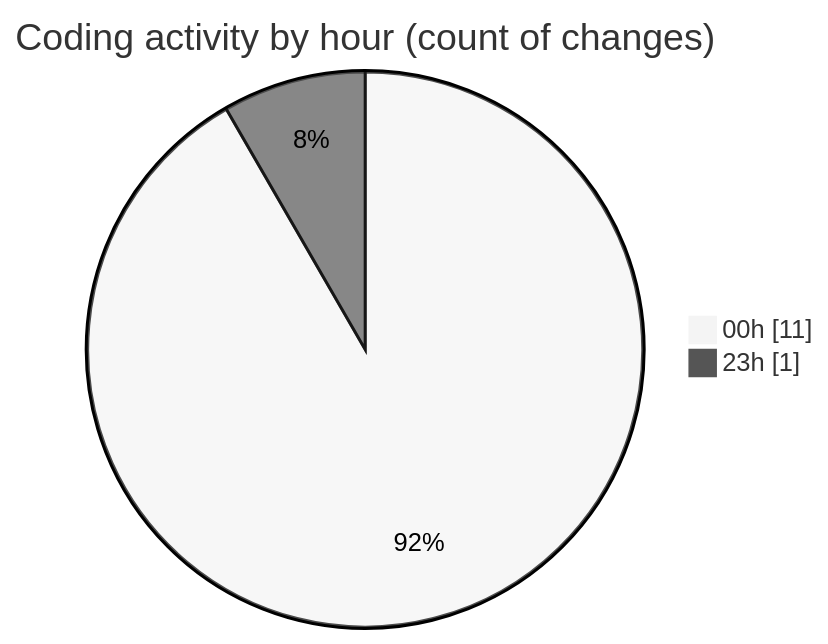
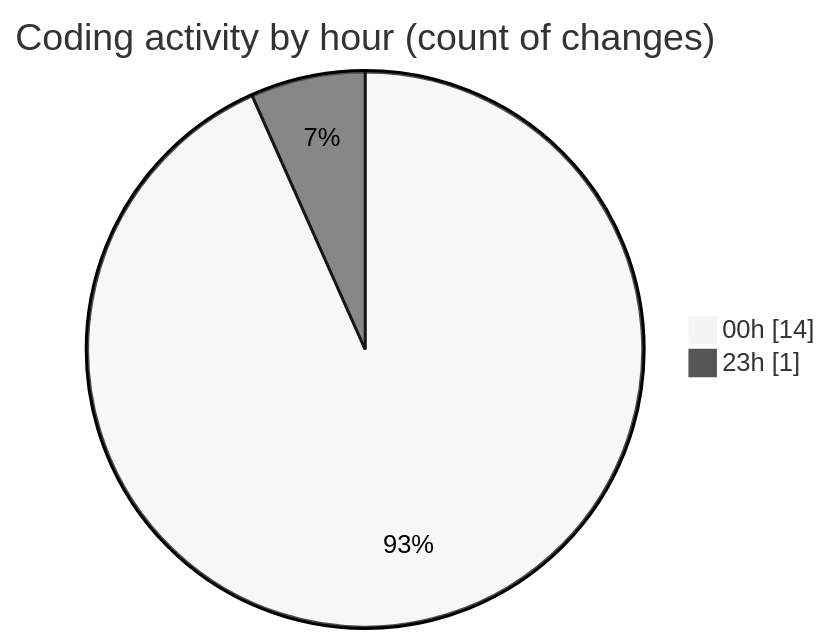
One commit to EIIisD/code-tracking changed the second of 2 diagrams in 2025-07-29/refunds/README.md. Above: the diagram before and after it, drawn with Mermaid (neutral theme). The commit also changed other lines of this file and 1 other file, not shown here.

````diff
--- a/2025-07-29/refunds/README.md
+++ b/2025-07-29/refunds/README.md
@@ -28,6 +28,6 @@
 ```mermaid
 pie showData
 title Coding activity by hour (count of changes)
-"00h" : 11
+"00h" : 14
 "23h" : 1
 ```
````
